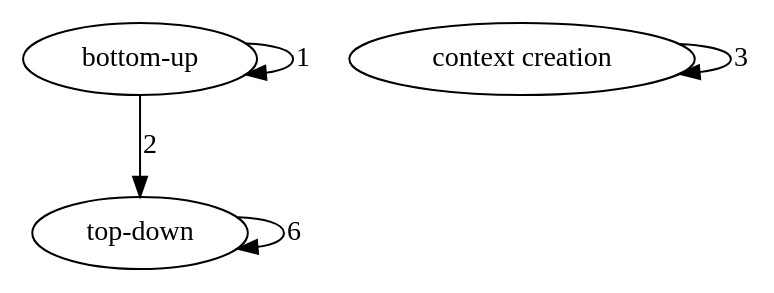
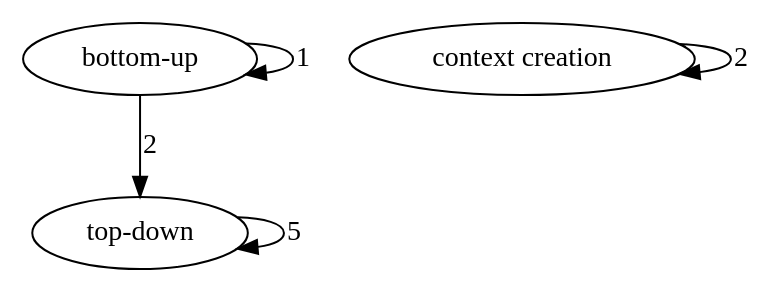
Before and after one commit to dorisjlee/ZV-paper: the diagram in analysis/A3.dot, drawn with Graphviz. The commit also changed 35 other files, not shown here.

```diff
--- a/analysis/A3.dot
+++ b/analysis/A3.dot
@@ -1,9 +1,9 @@
 digraph  {
 "top-down";
 "context creation";
 "bottom-up";
-"top-down" -> "top-down"  [weight=6, label=6];
-"context creation" -> "context creation"  [weight=3, label=3];
+"top-down" -> "top-down"  [weight=5, label=5];
+"context creation" -> "context creation"  [weight=2, label=2];
 "bottom-up" -> "top-down"  [weight=2, label=2];
 "bottom-up" -> "bottom-up"  [weight=1, label=1];
 }
```
